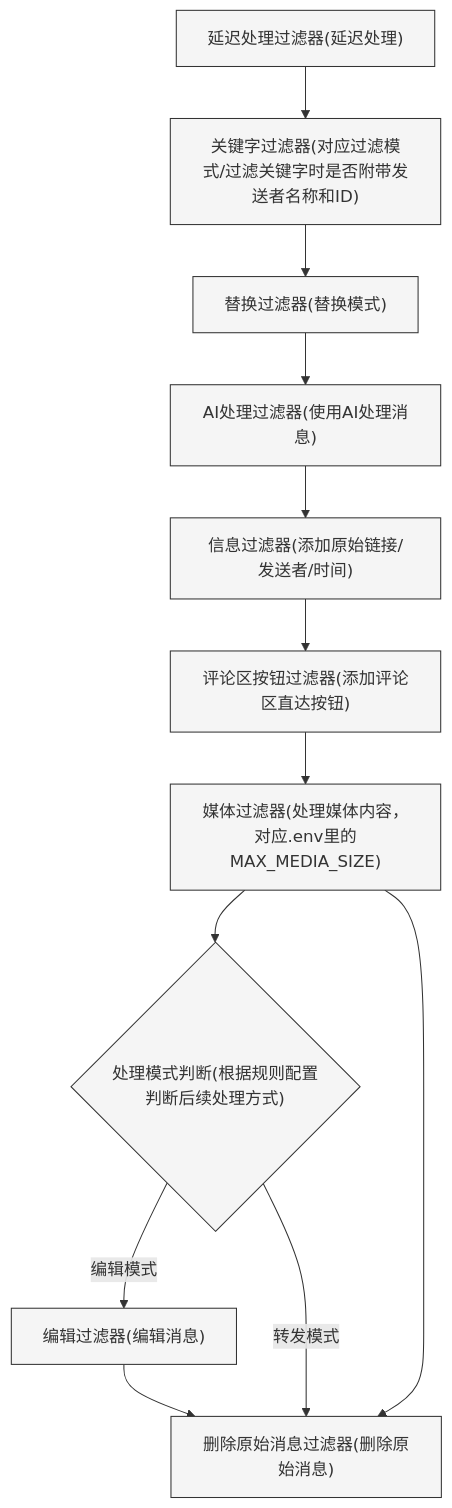
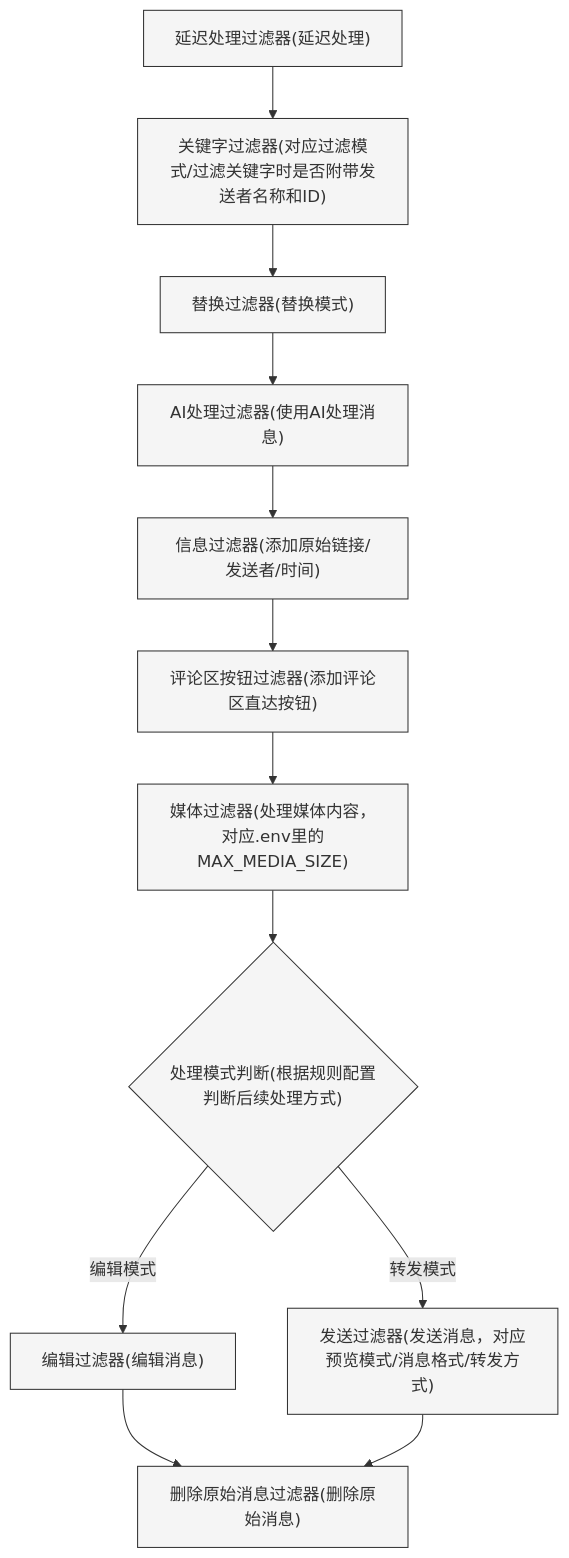
Before and after one commit to zhangnoter/TG: the diagram in README.md, drawn with Mermaid.

````diff
--- a/README.md
+++ b/README.md
@@ -271,19 +271,19 @@
 ```mermaid
 flowchart TD
     A["延迟处理过滤器(延迟处理)"] --> B["关键字过滤器(对应过滤模式/过滤关键字时是否附带发送者名称和ID)"]
     B --> C["替换过滤器(替换模式)"]
     C --> D["AI处理过滤器(使用AI处理消息)"]
     D --> E["信息过滤器(添加原始链接/发送者/时间)"]
-    E --> F["评论区按钮过滤器(添加评论区直达按钮)"]
-    F --> G["媒体过滤器(处理媒体内容，对应.env里的MAX_MEDIA_SIZE)"]
-    G --> J{"处理模式判断(根据规则配置判断后续处理方式)"}
-    J -->|编辑模式| H["编辑过滤器(编辑消息)"]
-    J -->|转发模式| I["发送过滤器(发送消息，对应预览模式/消息格式/转发方式)"]
+    E --> K["评论区按钮过滤器(添加评论区直达按钮)"]
+    K --> F["媒体过滤器(处理媒体内容，对应.env里的MAX_MEDIA_SIZE)"]
+    F --> J{"处理模式判断(根据规则配置判断后续处理方式)"}
+    J -->|编辑模式| G["编辑过滤器(编辑消息)"]
+    J -->|转发模式| H["发送过滤器(发送消息，对应预览模式/消息格式/转发方式)"]
     G --> I["删除原始消息过滤器(删除原始消息)"]
     H --> I
 
     classDef filter fill:#f5f5f5,stroke:#333,stroke-width:1px;
-    class A,B,C,D,E,F,G,H,I,J filter;
+    class A,B,C,D,E,F,G,H,I,K filter;
     classDef decision fill:#f5f5f5,stroke:#333,stroke-width:1px;
     class J decision;
 ```
````
